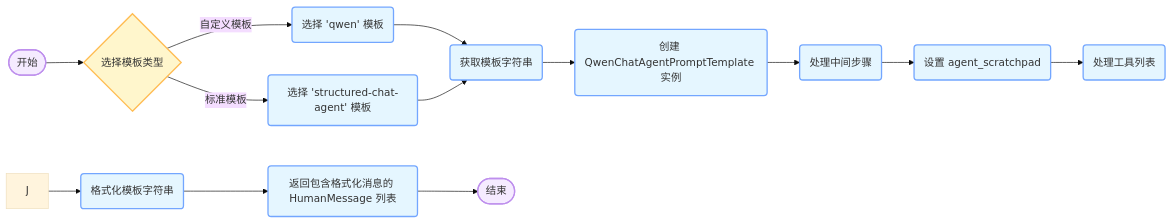
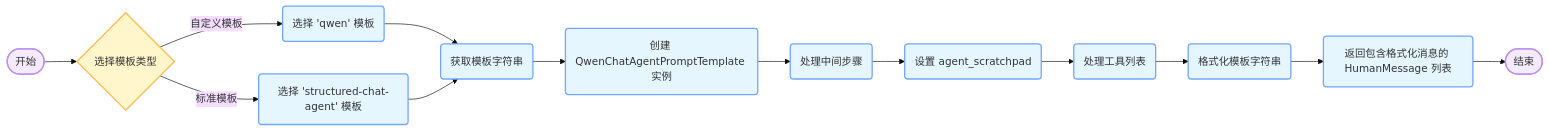
One commit to sdgixfg/iodraw-files changed the diagram in all/未命名-2.md. Above: the diagram before and after it, drawn with Mermaid (base theme).

Commit message:
2025-05-24 14:35:20 update

````diff
--- a/all/未命名-2.md
+++ b/all/未命名-2.md
@@ -1,20 +1,20 @@
 ```mermaid
 graph LR
     classDef startend fill:#F5EBFF,stroke:#BE8FED,stroke-width:2px
     classDef process fill:#E5F6FF,stroke:#73A6FF,stroke-width:2px
     classDef decision fill:#FFF6CC,stroke:#FFBC52,stroke-width:2px
     
     A([开始]):::startend --> B{选择模板类型}:::decision
     B -->|自定义模板| C(选择 'qwen' 模板):::process
     B -->|标准模板| D(选择 'structured-chat-agent' 模板):::process
     C --> E(获取模板字符串):::process
     D --> E
     E --> F(创建 QwenChatAgentPromptTemplate 实例):::process
     F --> G(处理中间步骤):::process
     G --> H(设置 agent_scratchpad):::process
-    H --> I(处理工具列表):::process
+    H --> J(处理工具列表):::process
     %% I --> J(创建工具名称列表):::process
     J --> K(格式化模板字符串):::process
     K --> L(返回包含格式化消息的 HumanMessage 列表):::process
     L --> M([结束]):::startend
 ```
````
